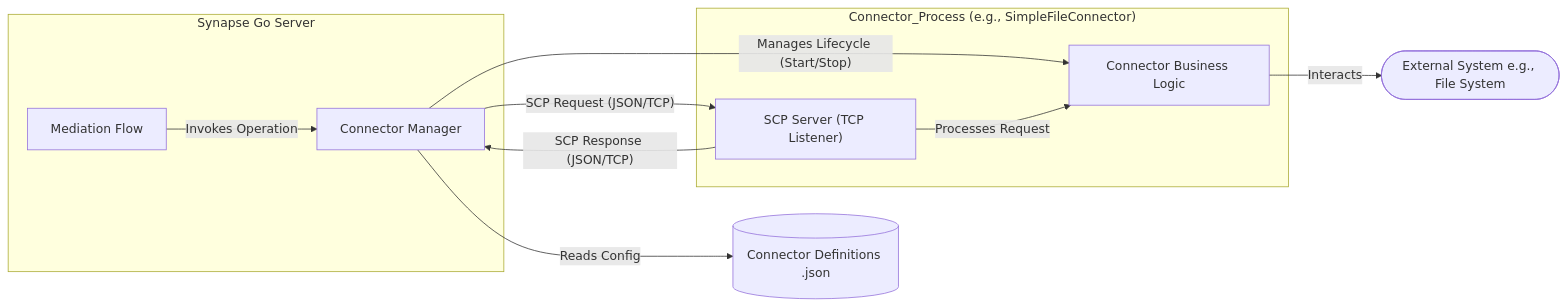
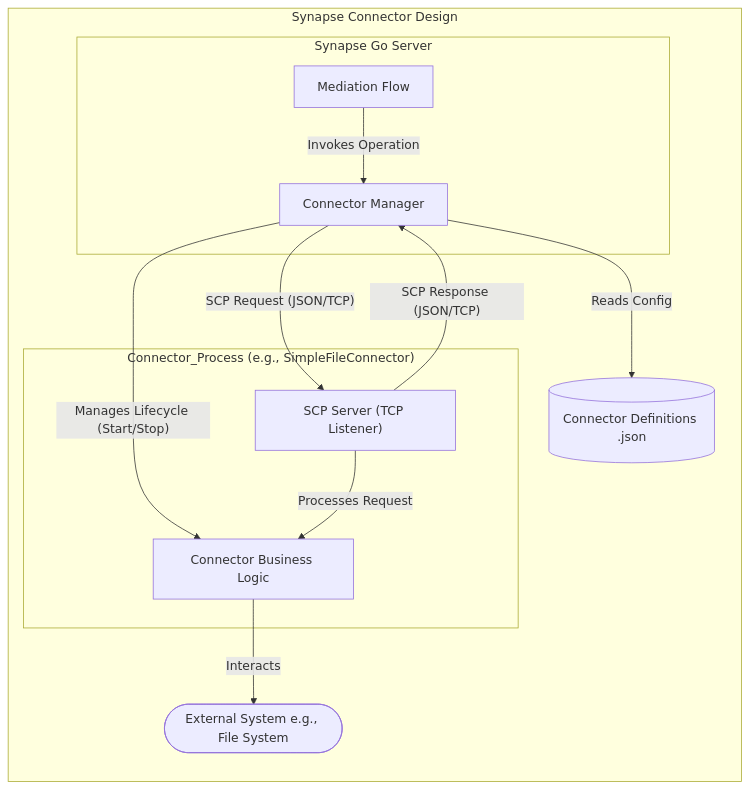
Before and after one commit to ThisaraWeerakoon/Synpase-Go-Connector-PoC: the diagram in README.md, drawn with Mermaid.

Commit message:
Update diagram

````diff
--- a/README.md
+++ b/README.md
@@ -15,26 +15,28 @@
 ```mermaid
 graph LR
-    subgraph "Synapse Go Server"
-        MediationFlow["Mediation Flow"]
-        ConnectorManager["Connector Manager"]
+    subgraph "Synapse Connector Design"
+        subgraph "Synapse Go Server"
+            MediationFlow["Mediation Flow"]
+            ConnectorManager["Connector Manager"]
+        end
+
+        subgraph "Connector_Process (e.g., SimpleFileConnector)"
+            ConnectorLogic["Connector Business Logic"]
+            %% SCPServer node text with parentheses is quoted
+            SCPServer["SCP Server (TCP Listener)"]
+        end
+
+        %% ConfigStore node text with period is quoted within the cylinder shape
+        ConfigStore[("Connector Definitions .json")]
+        %% ExternalSystem node text with periods is quoted within the stadium shape
+        ExternalSystem(["External System e.g., File System"])
+
+        MediationFlow -- "Invokes Operation" --> ConnectorManager
+        ConnectorManager -- "Reads Config" --> ConfigStore
+        ConnectorManager -- "Manages Lifecycle (Start/Stop)" --> ConnectorLogic
+        ConnectorManager -- "SCP Request (JSON/TCP)" --> SCPServer
+        SCPServer -- "SCP Response (JSON/TCP)" --> ConnectorManager
+        SCPServer -- "Processes Request" --> ConnectorLogic
+        ConnectorLogic -- "Interacts" --> ExternalSystem
     end
-
-    subgraph "Connector_Process (e.g., SimpleFileConnector)"
-        ConnectorLogic["Connector Business Logic"]
-        %% SCPServer node text with parentheses is quoted
-        SCPServer["SCP Server (TCP Listener)"]
-    end
-
-    %% ConfigStore node text with period is quoted within the cylinder shape
-    ConfigStore[("Connector Definitions .json")]
-    %% ExternalSystem node text with periods is quoted within the stadium shape
-    ExternalSystem(["External System e.g., File System"])
-
-    MediationFlow -- "Invokes Operation" --> ConnectorManager
-    ConnectorManager -- "Reads Config" --> ConfigStore
-    ConnectorManager -- "Manages Lifecycle (Start/Stop)" --> ConnectorLogic
-    ConnectorManager -- "SCP Request (JSON/TCP)" --> SCPServer
-    SCPServer -- "SCP Response (JSON/TCP)" --> ConnectorManager
-    SCPServer -- "Processes Request" --> ConnectorLogic
-    ConnectorLogic -- "Interacts" --> ExternalSystem
 ```
````
